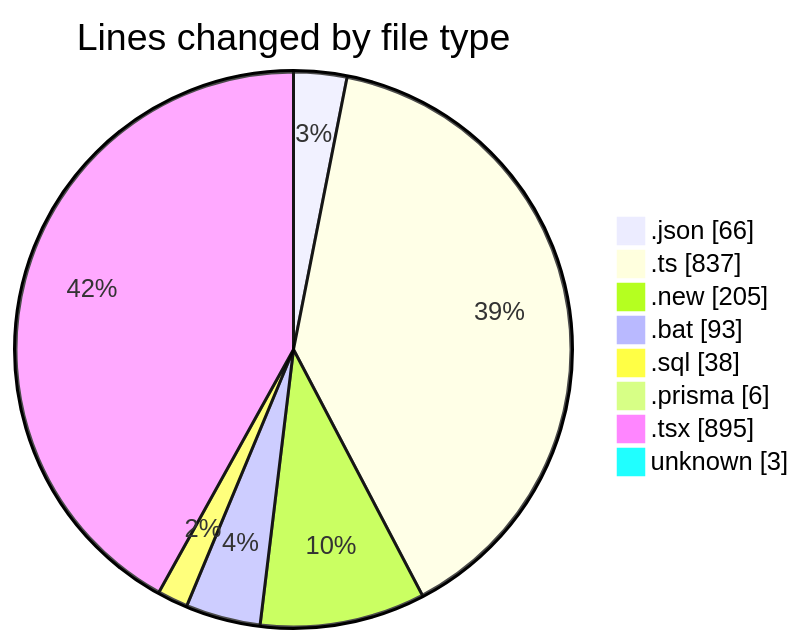
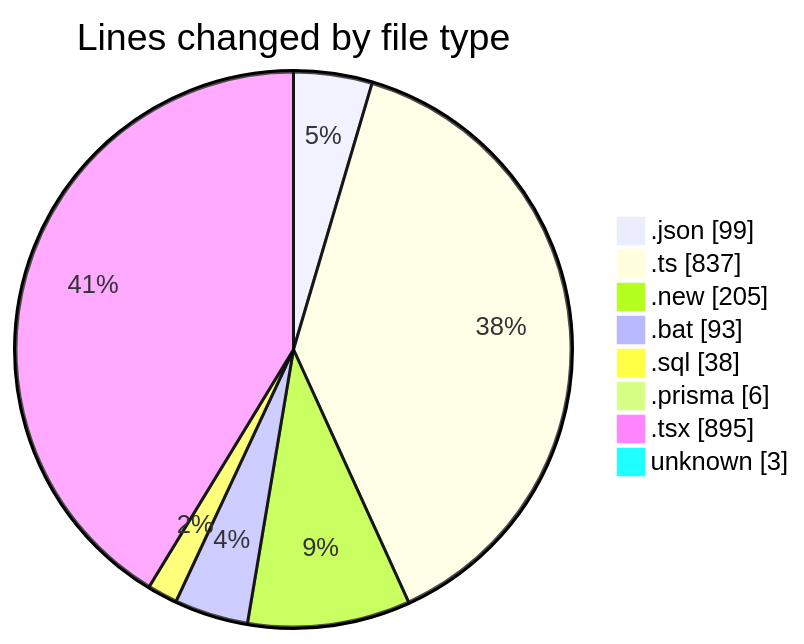
One commit to CELIANVF/code-tracking changed the first of 2 diagrams in 2025-05-20/ecodeli-1/README.md. Above: the diagram before and after it, drawn with Mermaid. The commit also changed other lines of this file and 1 other file, not shown here.

````diff
--- a/2025-05-20/ecodeli-1/README.md
+++ b/2025-05-20/ecodeli-1/README.md
@@ -36,12 +38,12 @@
 ```mermaid
 pie showData
 title Lines changed by file type
-".json" : 66
+".json" : 99
 ".ts" : 837
 ".new" : 205
 ".bat" : 93
 ".sql" : 38
 ".prisma" : 6
 ".tsx" : 895
 "unknown" : 3
 ```
````
